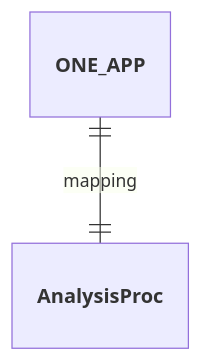
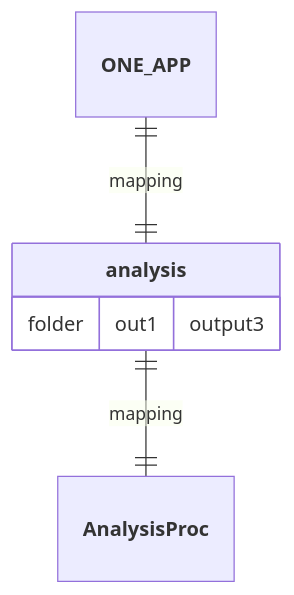
Before and after one commit to nuremics/nuremics-labs: the fourth of 5 diagrams in src/apps/ONE_APP/README.md, drawn with Mermaid.

Commit message:
update ONE_APP README

````diff
--- a/src/apps/ONE_APP/README.md
+++ b/src/apps/ONE_APP/README.md
@@ -78,4 +78,9 @@
 ```mermaid
 erDiagram
-  **ONE_APP** ||--|| **AnalysisProc** : mapping
+  **ONE_APP** ||--|| **analysis** : mapping
+  **analysis** ||--|| **AnalysisProc** : mapping
+
+  **analysis** {
+    folder out1 "output3"
+  }
 ```
````
